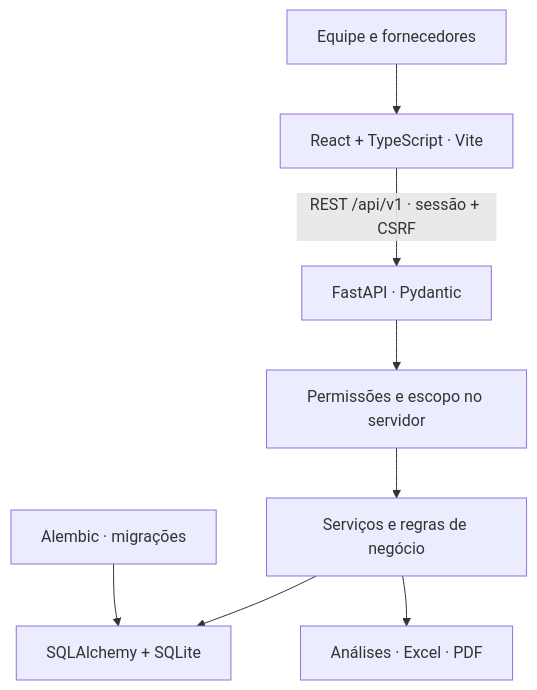
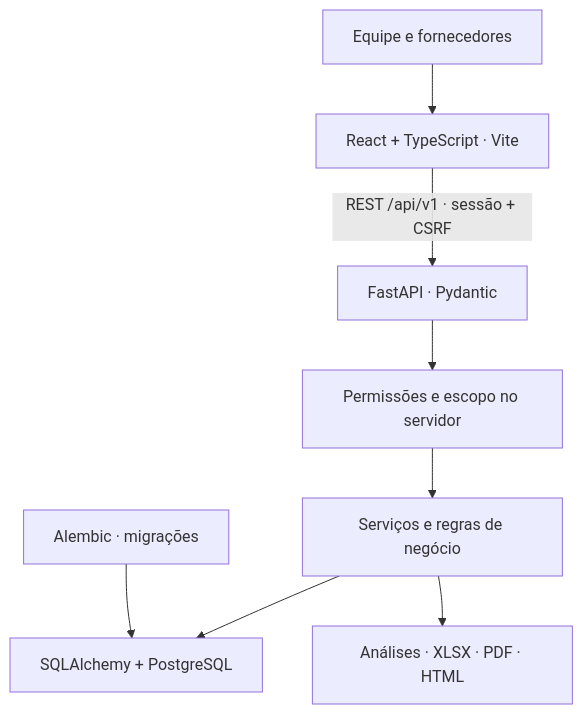
One commit to PedroGiffoni/OS_Manager changed the second of 2 diagrams in README.md. Above: the diagram before and after it, drawn with Mermaid. The commit also changed other lines of this file and 44 other files, not shown here.

Commit message:
feat: quadros isolados e banco PostgreSQL

````diff
--- a/README.md
+++ b/README.md
@@ -246,10 +316,10 @@
 ```mermaid
 flowchart TB
     U[Equipe e fornecedores] --> UI[React + TypeScript · Vite]
     UI -->|REST /api/v1 · sessão + CSRF| API[FastAPI · Pydantic]
     API --> ACL[Permissões e escopo no servidor]
     ACL --> SVC[Serviços e regras de negócio]
-    SVC --> DB[SQLAlchemy + SQLite]
+    SVC --> DB[SQLAlchemy + PostgreSQL]
     MIG[Alembic · migrações] --> DB
-    SVC --> R[Análises · Excel · PDF]
+    SVC --> R[Análises · XLSX · PDF · HTML]
 ```
````
